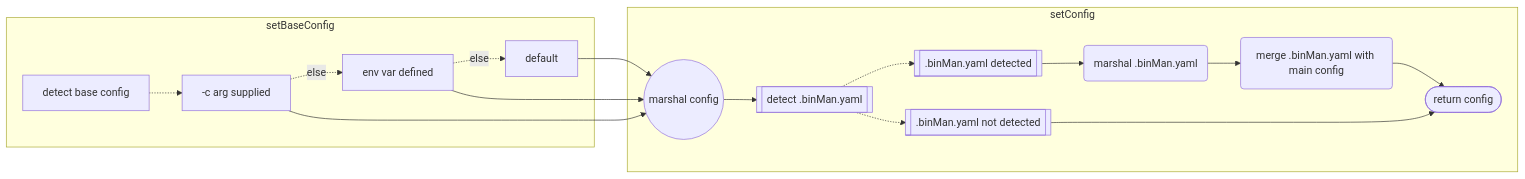
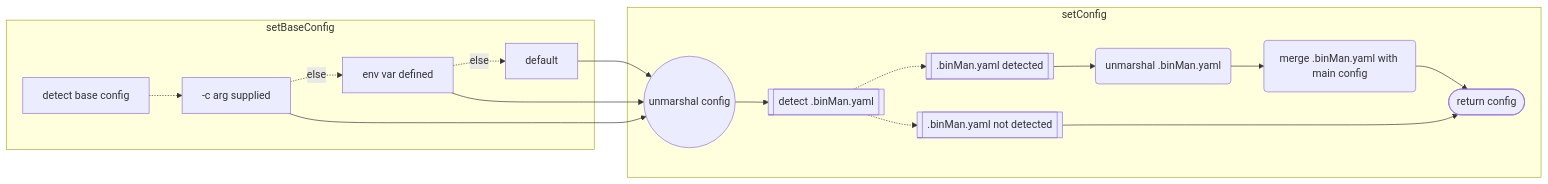
The diagram in examples/config.md (rjbrown57/binman), drawn with Mermaid before and after one commit. The commit also changed 1 other file, not shown here.

Commit message:
docs: docs corrections

````diff
--- a/examples/config.md
+++ b/examples/config.md
@@ -5,24 +5,24 @@
 ```mermaid
 flowchart LR
     subgraph setBaseConfig
     0A[detect base config] .-> A 
     A .-> |else| B
     B .-> |else| C
     end
     C --> D
     subgraph setConfig
     B --> D
     A -->  D
     A[-c arg supplied]
     B[ env var defined] 
     C[ default ] 
-    D((marshal config)) --> E
+    D((unmarshal config)) --> E
     E[[detect .binMan.yaml]] .-> F
     E .-> G
     F[[.binMan.yaml detected]] --> FA
-    FA(marshal .binMan.yaml) --> FB
+    FA(unmarshal .binMan.yaml) --> FB
     FB(merge .binMan.yaml with main config) --> H
     G[[.binMan.yaml not detected]] ----> H
     H([return config])
     end
 ```
````
